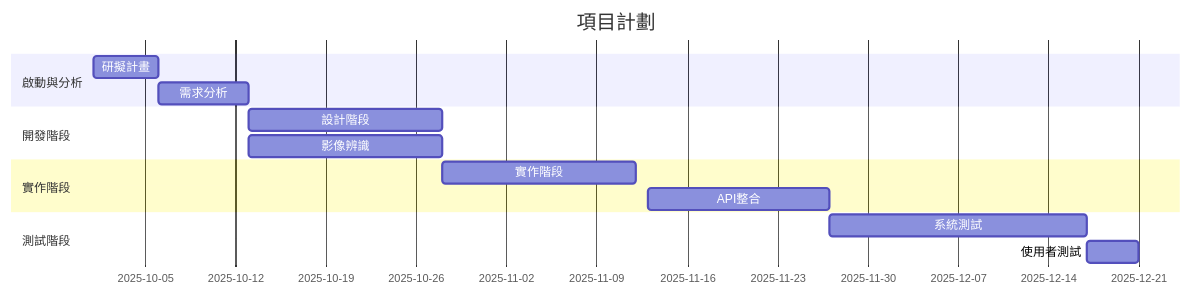
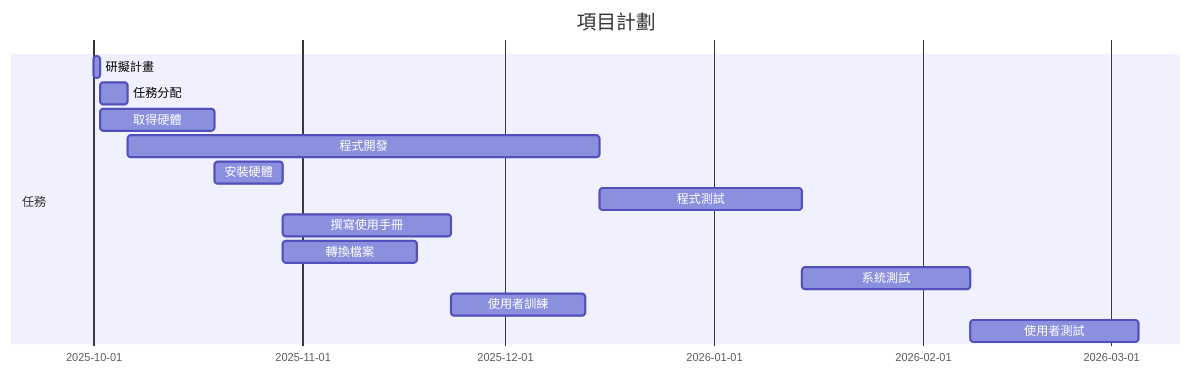
Before and after one commit to c112118143/-: the first of 2 diagrams in hw2.md, drawn with Mermaid. The commit also changed other lines of this file, not shown here.

````diff
--- a/hw2.md
+++ b/hw2.md
@@ -5,17 +5,20 @@
 ```mermaid
 gantt
     title 項目計劃
     dateFormat  YYYY-MM-DD
-    section 啟動與分析
-    研擬計畫         :2025-10-01, 5d
-    需求分析         :2025-10-06, 7d
-    section 開發階段
-    設計階段         :2025-10-13, 15d
-    影像辨識         :2025-10-13, 15d
-    section 實作階段
-    實作階段         :2025-10-28, 15d
-    API整合         :2025-11-13, 14d
-    section 測試階段
-    系統測試           :2025-11-27, 20d
-    使用者測試         :2025-12-17, 4d
+    section 任務
+    研擬計畫         :1a,2025-10-01, 1d
+    任務分配         :2a,after 1a, 4d
+    取得硬體         :3a,after 1a, 17d
+    程式開發         :4a,after 2a, 70d
+    安裝硬體         :5a,after 3a, 10d
+    程式測試         :6a,after 4a, 30d
+    撰寫使用手冊      :7a,after 5a, 25d
+    轉換檔案         :8a,after 5a, 20d
+    系統測試         :9a,after 6a, 25d
+    使用者訓練       :10a,after 7a 8a, 20d
+    使用者測試       :11a,after 9a 10a, 25d
+
+
+
 ```
````
